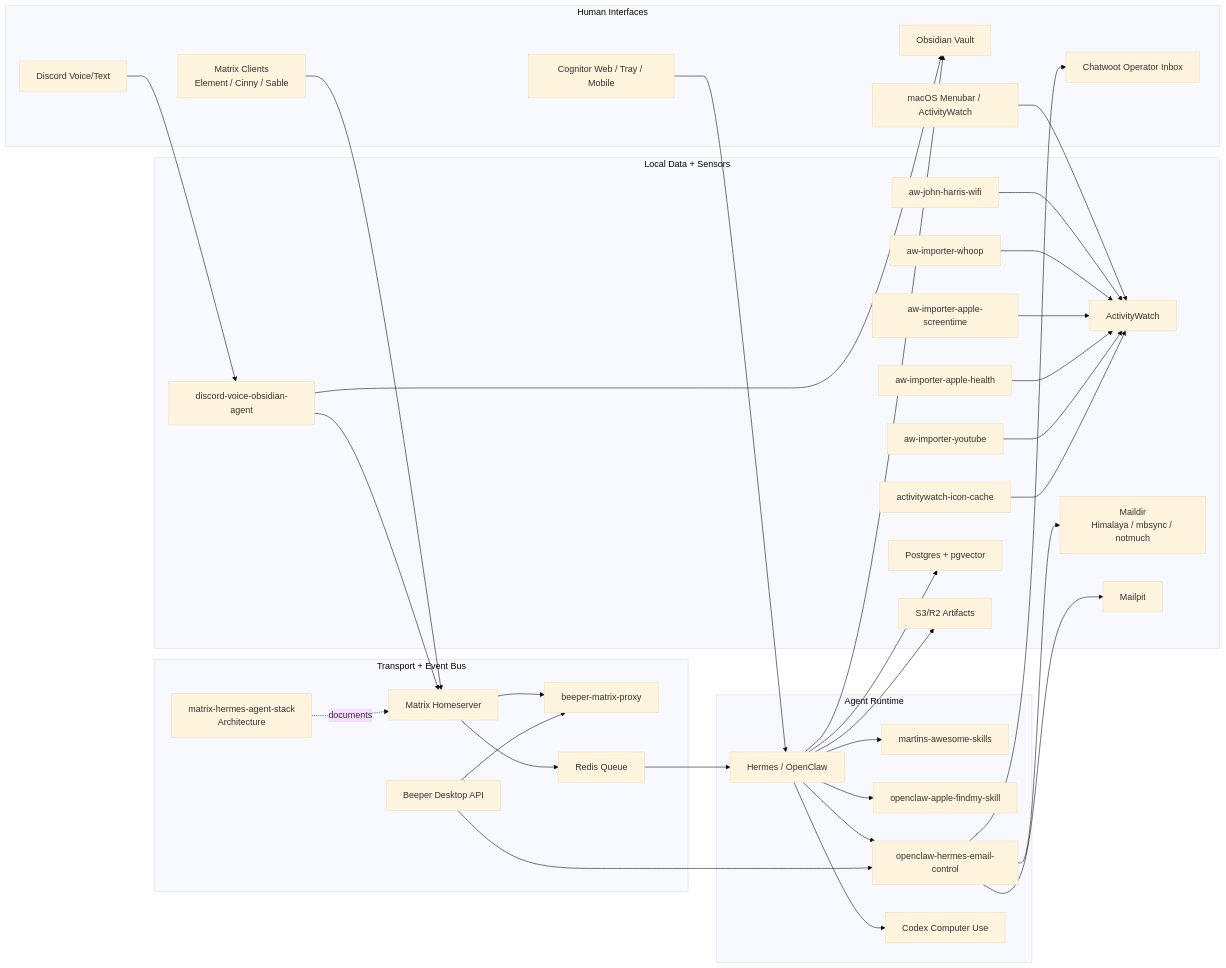
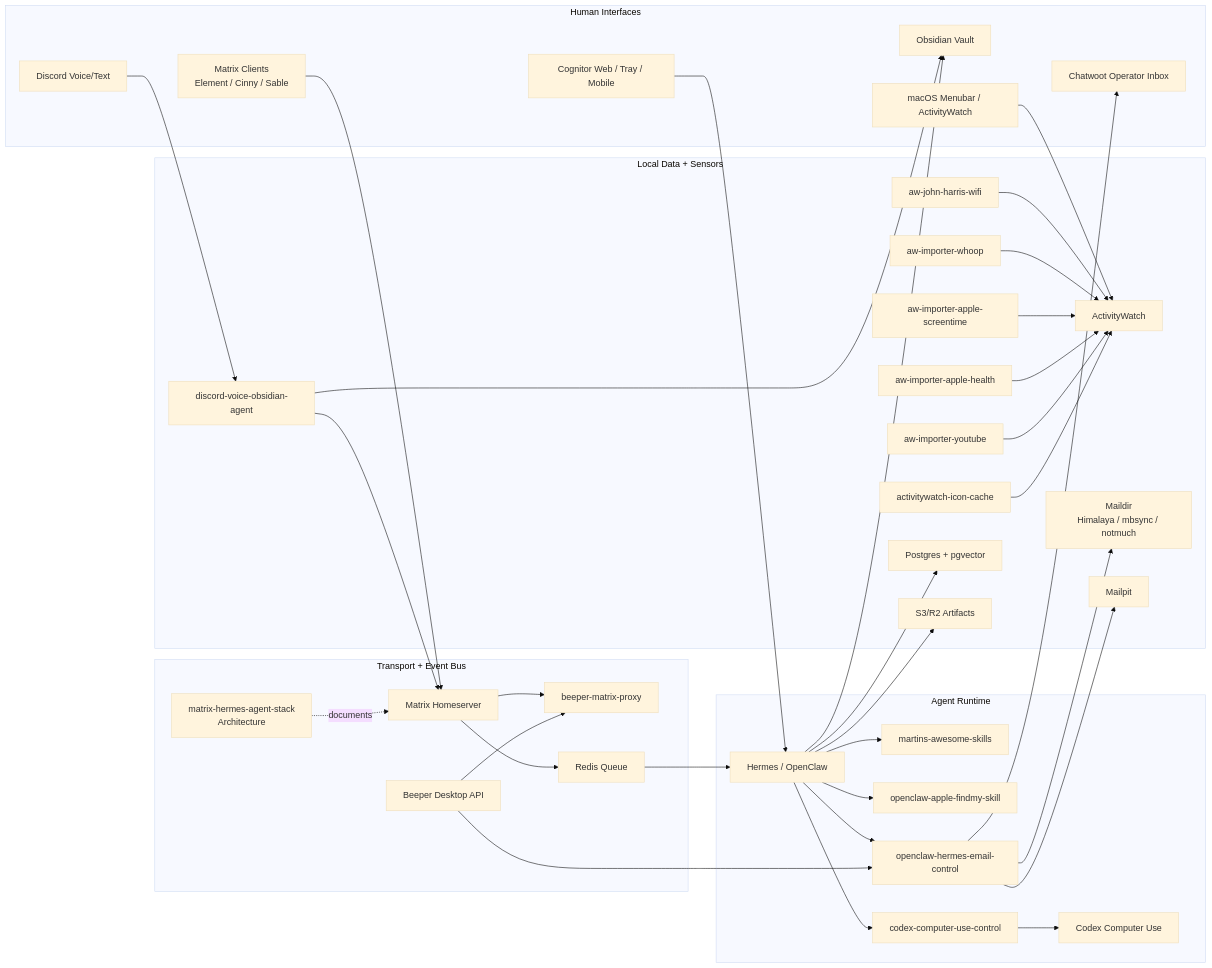
The fourth of 4 diagrams in README.md (Martin-Hausleitner/credo), drawn with Mermaid (base theme) before and after one commit. The commit also changed other lines of this file and 4 other files, not shown here.

````diff
--- a/README.md
+++ b/README.md
@@ -453,71 +526,72 @@
 ```mermaid
 flowchart LR
   subgraph Interfaces["Human Interfaces"]
     MatrixClient["Matrix Clients<br/>Element / Cinny / Sable"]
     Discord["Discord Voice/Text"]
     ChatwootInbox["Chatwoot Operator Inbox"]
     Obsidian["Obsidian Vault"]
     Menubar["macOS Menubar / ActivityWatch"]
     CognitorUI["Cognitor Web / Tray / Mobile"]
   end
 
   subgraph Transport["Transport + Event Bus"]
     MatrixRepo["matrix-hermes-agent-stack<br/>Architecture"]
     Matrix["Matrix Homeserver"]
     BeeperProxy["beeper-matrix-proxy"]
     BeeperAPI["Beeper Desktop API"]
     Redis["Redis Queue"]
   end
 
   subgraph Agents["Agent Runtime"]
     Hermes["Hermes / OpenClaw"]
     Skills["martins-awesome-skills"]
     FindMy["openclaw-apple-findmy-skill"]
     EmailCtrl["openclaw-hermes-email-control"]
+    ComputerUseControl["codex-computer-use-control"]
     ComputerUse["Codex Computer Use"]
   end
 
   subgraph Data["Local Data + Sensors"]
     ActivityWatch["ActivityWatch"]
     Presence["aw-john-harris-wifi"]
     Whoop["aw-importer-whoop"]
     ScreenTime["aw-importer-apple-screentime"]
     AppleHealth["aw-importer-apple-health"]
     YouTube["aw-importer-youtube"]
     IconCache["activitywatch-icon-cache"]
     Maildir["Maildir<br/>Himalaya / mbsync / notmuch"]
     Mailpit["Mailpit"]
     Voice["discord-voice-obsidian-agent"]
     Pg["Postgres + pgvector"]
     S3["S3/R2 Artifacts"]
   end
 
   MatrixClient --> Matrix
   CognitorUI --> Hermes
   Discord --> Voice
   Menubar --> ActivityWatch
   Matrix --> BeeperProxy
   BeeperAPI --> BeeperProxy
   Matrix --> Redis
   Redis --> Hermes
   Hermes --> Skills
   Hermes --> FindMy
   Hermes --> EmailCtrl
   EmailCtrl --> ChatwootInbox
   EmailCtrl --> Maildir
   EmailCtrl --> Mailpit
   BeeperAPI --> EmailCtrl
-  Hermes --> ComputerUse
+  Hermes --> ComputerUseControl --> ComputerUse
   Hermes --> Obsidian
   Hermes --> Pg
   Hermes --> S3
   Presence --> ActivityWatch
   Whoop --> ActivityWatch
   ScreenTime --> ActivityWatch
   AppleHealth --> ActivityWatch
   YouTube --> ActivityWatch
   IconCache --> ActivityWatch
   Voice --> Obsidian
   Voice --> Matrix
   MatrixRepo -.documents.-> Matrix
 ```
````
